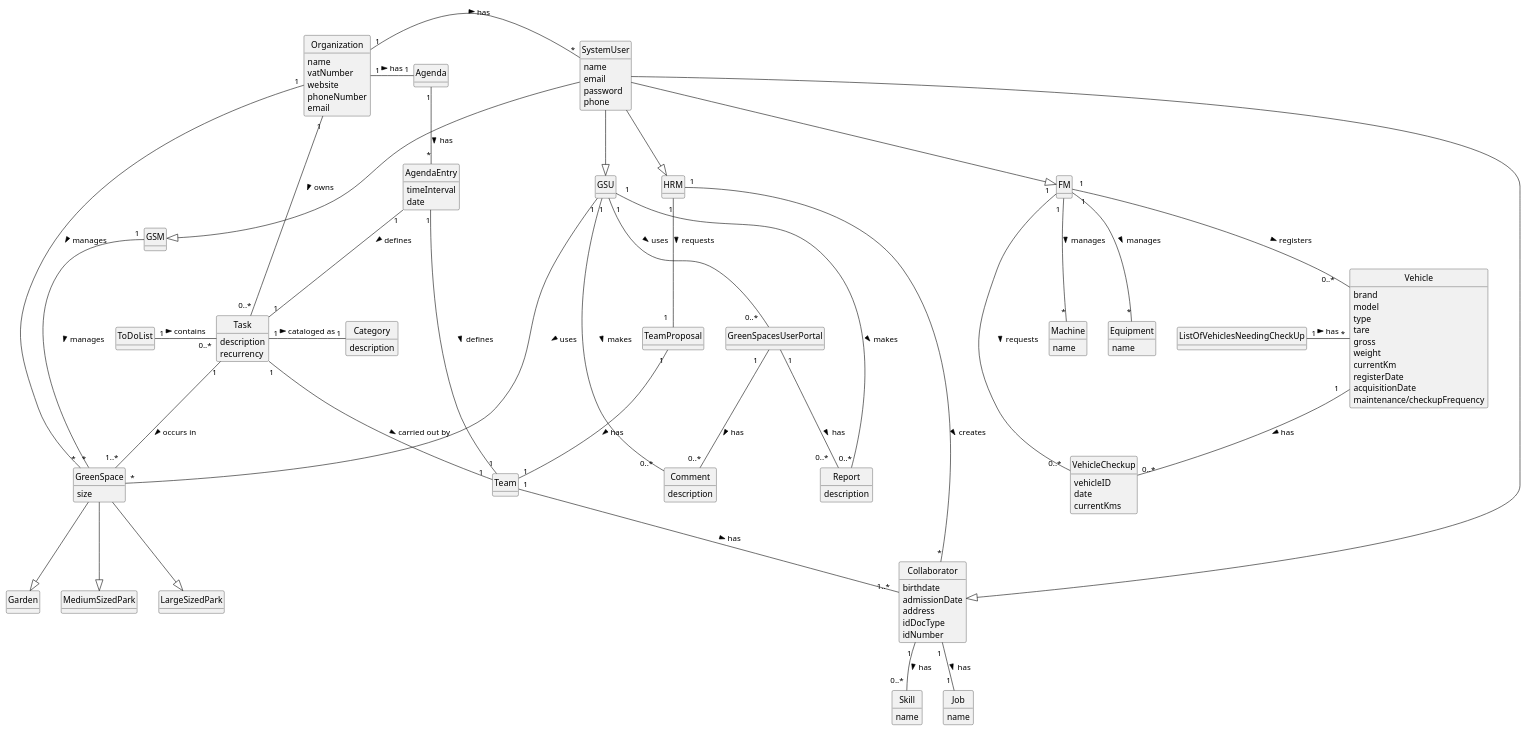
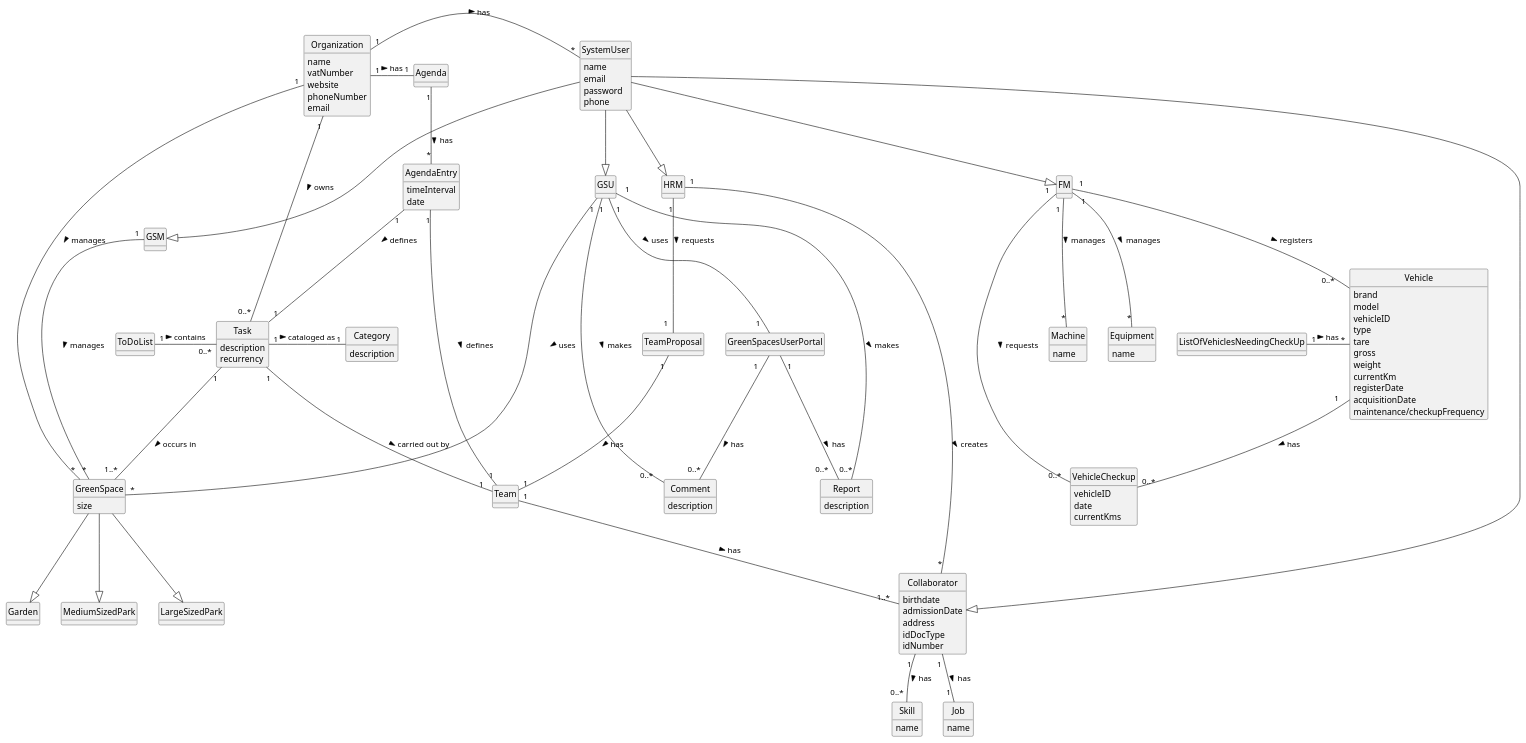
One commit to Departamento-de-Engenharia-Informatica/lei-24-s2-1do-g164 changed the diagram in docs/sprintA/global-artifacts/02.analysis/puml/project-domain-model.puml. Above: the diagram before and after it, drawn with PlantUML.

Commit message:
docs(global-artifacts): correction of dm

```diff
--- a/docs/sprintA/global-artifacts/02.analysis/puml/project-domain-model.puml
+++ b/docs/sprintA/global-artifacts/02.analysis/puml/project-domain-model.puml
@@ -1,177 +1,174 @@
 @startuml
 skinparam monochrome true
 skinparam packageStyle rectangle
 skinparam shadowing false
 'skinparam linetype ortho
 'left to right direction
 skinparam classAttributeIconSize 0
 hide circle
 hide methods
 
-'title Domain Model
 
-'class Platform {
-'  -description
-'}
 
 class Organization {
     name
     vatNumber
     website
     phoneNumber
     email
 
 }
 
 class GreenSpace {
     size
 }
 
 class Garden
 class MediumSizedPark
 class LargeSizedPark
 
 class SystemUser {
     name
     email
     password
     phone
 
 }
 class HRM {
 }
 class FM {
 }
 class Collaborator {
                birthdate
                admissionDate
                address
                idDocType
                idNumber
 }
 class GSM {
 }
 class GSU {
 }
 
 class TeamProposal {
 }
 
 class Team {
 }
 
 class Skill {
     name
 }
 
 class Job {
     name
 }
 
 class Task {
     description
     recurrency
 }
 
 class VehicleCheckup {
         vehicleID
         date
         currentKms
 }
 
 class Vehicle {
             brand
            model
+           vehicleID
            type
            tare
            gross
            weight
            currentKm
            registerDate
            acquisitionDate
            maintenance/checkupFrequency
 }
 
 class Machine {
     name
 }
 
 class Equipment {
     name
 }
 
 class Agenda {
 }
 
 class AgendaEntry {
     timeInterval
     date
 }
 
 class GreenSpacesUserPortal{
 }
 
 class Comment{
     description
 }
 class Report{
     description
 }
 
 class Category {
     description
 }
 
 class ToDoList{
 
 }
 
 class ListOfVehiclesNeedingCheckUp {
 }
 
 
 SystemUser --|> HRM
 SystemUser --|> FM
 SystemUser --|> Collaborator
 SystemUser --|> GSM
 SystemUser --|> GSU
 
 GreenSpace --|> Garden
 GreenSpace --|> MediumSizedPark
 GreenSpace --|> LargeSizedPark
 
 Task "1" -- "1..*" GreenSpace : occurs in >
 
 Agenda "1" -- "*" AgendaEntry : has >
 AgendaEntry "1" -- "1" Task : defines >
 AgendaEntry "1" -- "1" Team : defines >
 
 FM " 1" -- "0..*     " Vehicle : registers >
 FM "  1 " -- "*" Machine : manages >
 FM "  1    " -- "*" Equipment : manages >
 Vehicle "1   " -- "0..* " VehicleCheckup : has >
 FM "1 " -- "0..*  " VehicleCheckup : requests >
 GSU"  1  " -- "0..*          " Report: makes >
 GSU"  1  " -- "0..*   " Comment: makes >
-GSU"  1  " -- "0..*   " GreenSpacesUserPortal:  uses >
+GSU"  1  " -- "1   " GreenSpacesUserPortal:  uses >
 GreenSpacesUserPortal "1                 " -- "0..*   " Report : has >
 GreenSpacesUserPortal "1    " -- "0..*" Comment : has >
 
 Organization "1" - "*" SystemUser : has >
 Organization "1" - "0..*" Task: owns >
 Task "1" - "1" Category: cataloged as >
 Task "1" - "1  " Team:   carried out by   >
 ToDoList "1" - "0..*" Task: contains >
 
 HRM "1 " -- "*" Collaborator : creates >
 HRM "1" -- "1  " TeamProposal : requests >
 TeamProposal "1 " --"1        " Team: has >
 Team "1 " -- "1..*  " Collaborator: has >
 Collaborator "1 " -- "0..* " Skill : has >
 Collaborator "1 " -- "1 " Job : has >
 Organization "1" - "1" Agenda : has >
 Organization "1" - "*" GreenSpace: manages >
 GSU"1" - "*" GreenSpace: uses >
 GSM "1" - "*" GreenSpace: manages >
 ListOfVehiclesNeedingCheckUp "1" - "*" Vehicle : has >
 @enduml
```
